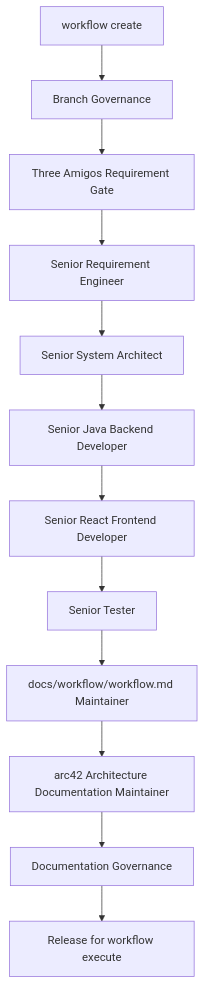
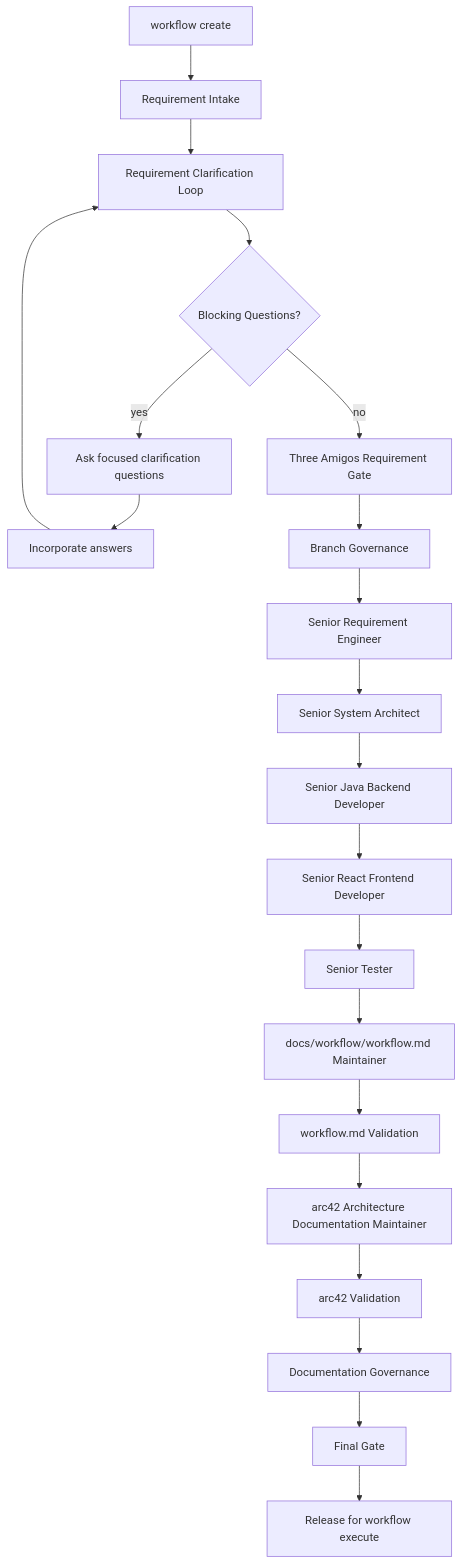
Before and after one commit to MatthiasBurger-Coder/forensic_analytics: the third of 4 diagrams in docs/agents/organigramm.md, drawn with Mermaid. The commit also changed other lines of this file and 9 other files, not shown here.

Commit message:
docs(workflow): clarify workflow create final gates

````diff
--- a/docs/agents/organigramm.md
+++ b/docs/agents/organigramm.md
@@ -59,18 +59,28 @@
 ```mermaid
 flowchart TD
   WC["workflow create"]
+  Intake["Requirement Intake"]
+  Clarify["Requirement Clarification Loop"]
+  Blocking{"Blocking Questions?"}
+  Ask["Ask focused clarification questions"]
+  Answers["Incorporate answers"]
   Branch["Branch Governance"]
   Gate["Three Amigos Requirement Gate"]
   Req["Senior Requirement Engineer"]
   Arch["Senior System Architect"]
   Back["Senior Java Backend Developer"]
   Front["Senior React Frontend Developer"]
   Test["Senior Tester"]
   WF["docs/workflow/workflow.md Maintainer"]
   Arc["arc42 Architecture Documentation Maintainer"]
+  WFVal["workflow.md Validation"]
+  ArcVal["arc42 Validation"]
   Docs["Documentation Governance"]
+  Final["Final Gate"]
   Ready["Release for workflow execute"]
 
-  WC --> Branch --> Gate
-  Gate --> Req --> Arch --> Back --> Front --> Test --> WF --> Arc --> Docs --> Ready
+  WC --> Intake --> Clarify --> Blocking
+  Blocking -- "yes" --> Ask --> Answers --> Clarify
+  Blocking -- "no" --> Gate --> Branch
+  Branch --> Req --> Arch --> Back --> Front --> Test --> WF --> WFVal --> Arc --> ArcVal --> Docs --> Final --> Ready
 ```
````
